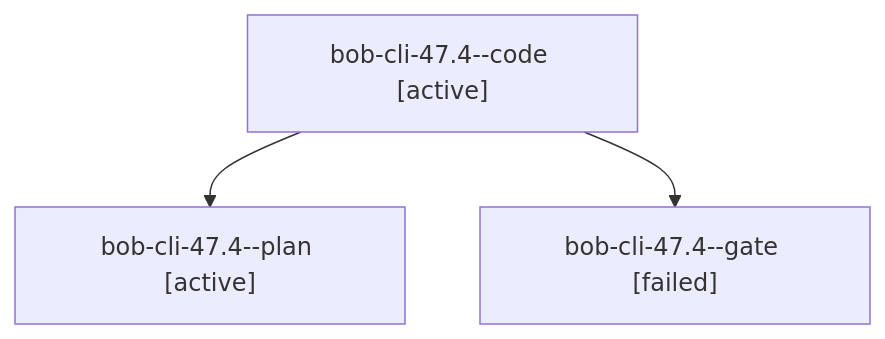
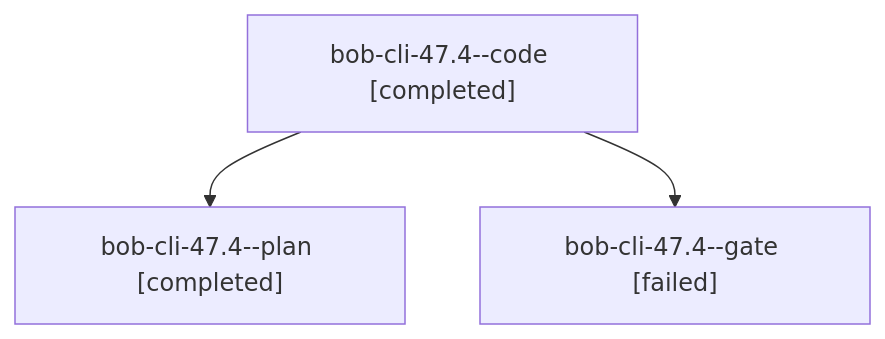
One commit to bobs-org/bob-cli--agents changed the diagram in sessions/bbugyi200.apollo.bob-cli-47.4.md. Above: the diagram before and after it, drawn with Mermaid. The commit also changed other lines of this file and 91 other files, not shown here.

````diff
--- a/sessions/bbugyi200.apollo.bob-cli-47.4.md
+++ b/sessions/bbugyi200.apollo.bob-cli-47.4.md
@@ -9,8 +9,8 @@
 ```mermaid
 flowchart TD
-  n0["bob-cli-47.4--code [active]"]
-  n1["bob-cli-47.4--plan [active]"]
+  n0["bob-cli-47.4--code [completed]"]
+  n1["bob-cli-47.4--plan [completed]"]
   n0 --> n1
   n2["bob-cli-47.4--gate [failed]"]
   n0 --> n2
 ```
````
